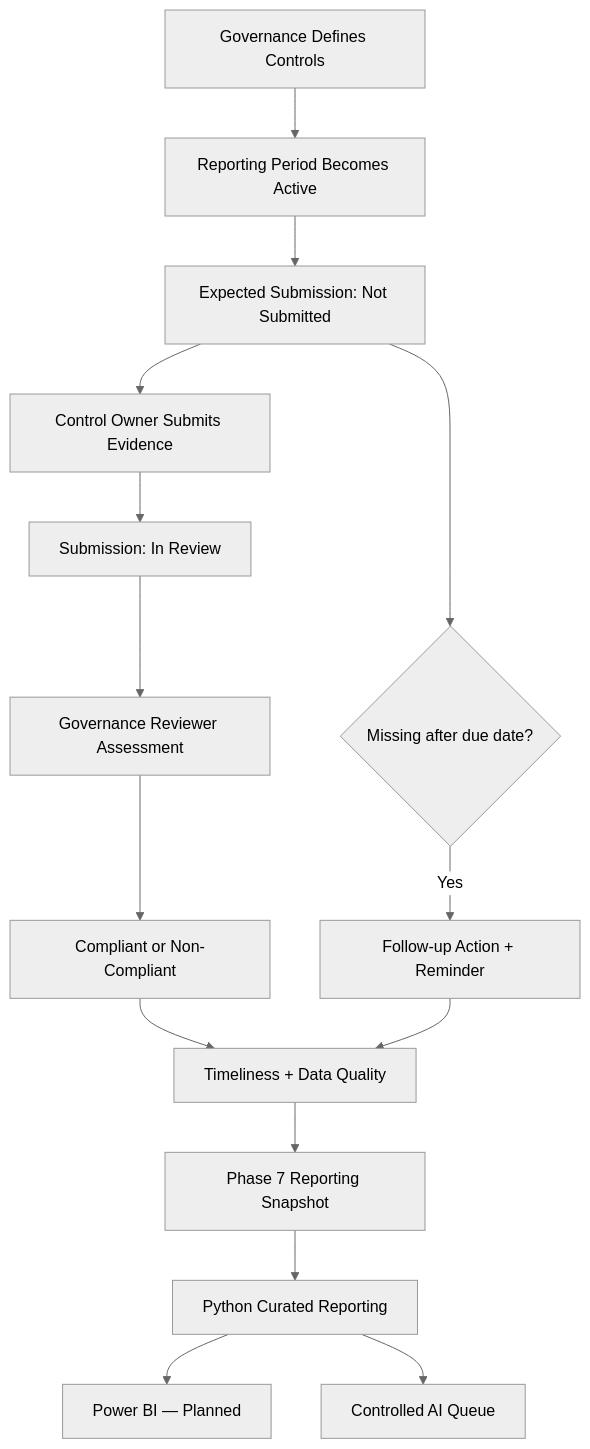
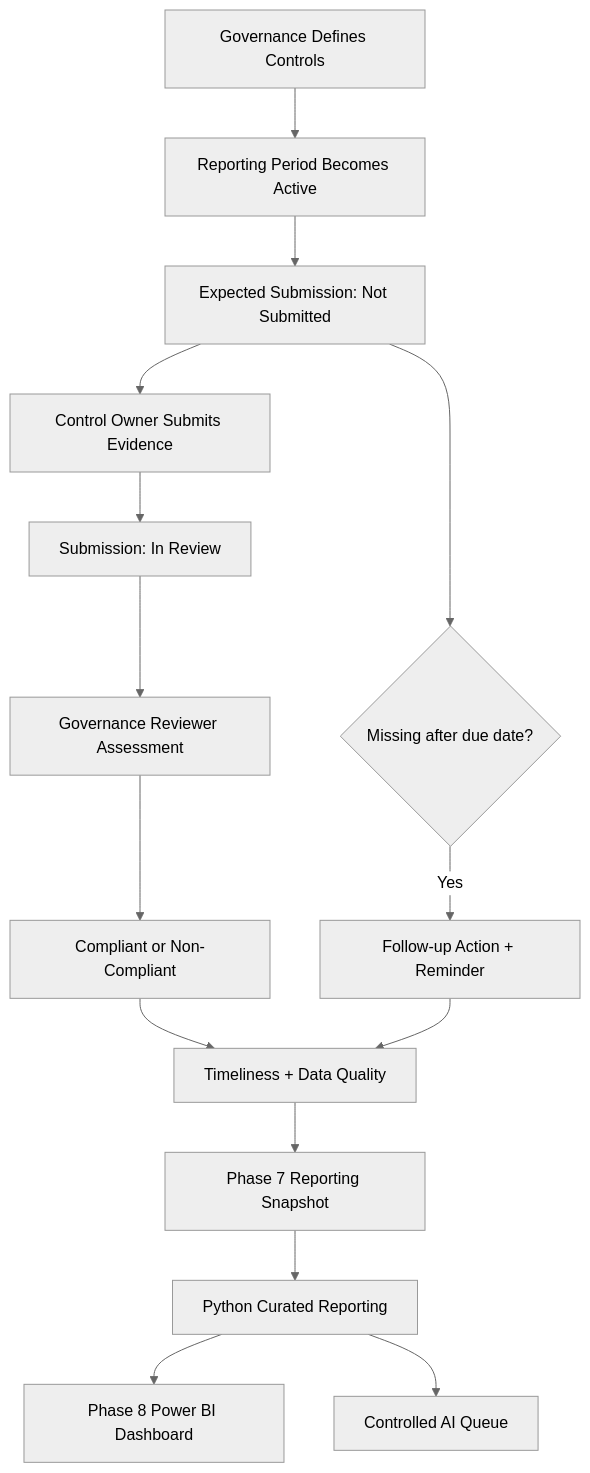
One commit to gw-ai-security/cyber-governance-automation-lab changed the diagram in docs/business_process.md. Above: the diagram before and after it, drawn with Mermaid (neutral theme). The commit also changed other lines of this file, not shown here.

Commit message:
docs: synchronize business process after Phase 8

````diff
--- a/docs/business_process.md
+++ b/docs/business_process.md
@@ -501,19 +522,19 @@
 ```mermaid
 flowchart TD
     A[Governance Defines Controls] --> B[Reporting Period Becomes Active]
     B --> C[Expected Submission: Not Submitted]
     C --> D[Control Owner Submits Evidence]
     D --> E[Submission: In Review]
     E --> F[Governance Reviewer Assessment]
     F --> G[Compliant or Non-Compliant]
 
     C --> H{Missing after due date?}
     H -->|Yes| I[Follow-up Action + Reminder]
 
     G --> J[Timeliness + Data Quality]
     I --> J
     J --> K[Phase 7 Reporting Snapshot]
     K --> L[Python Curated Reporting]
-    L --> M[Power BI — Planned]
+    L --> M[Phase 8 Power BI Dashboard]
     L --> N[Controlled AI Queue]
 ```
````
